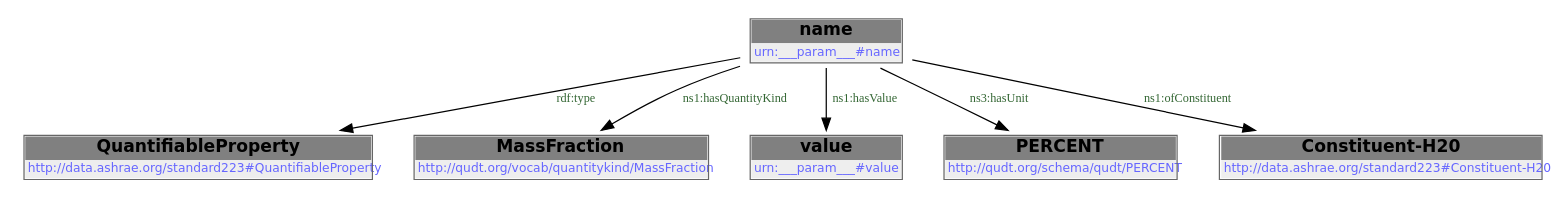
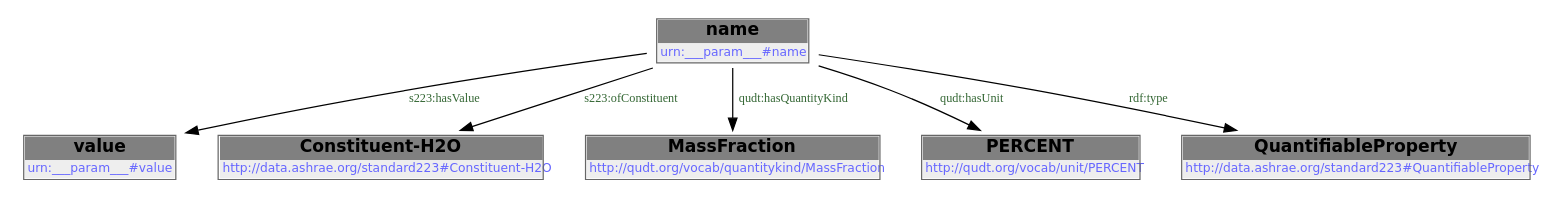
Before and after one commit to DataDrivenCPS/water-ontology: the diagram in docs/libraries/templates/constituent-water.rst, drawn with Graphviz. The commit also changed other lines of this file and 83 other files, not shown here.

```diff
--- a/docs/libraries/templates/constituent-water.rst
+++ b/docs/libraries/templates/constituent-water.rst
@@ -64,16 +58,22 @@
-        .. graphviz::
+.. graphviz::
 
-                digraph G {
-            node [fontname="DejaVu Sans"];
-            node0 -> node1 [color=BLACK, label=< <font point-size='10' color='#336633'>rdf:type</font> >];
-            node0 -> node2 [color=BLACK, label=< <font point-size='10' color='#336633'>ns1:hasQuantityKind</font> >];
-            node0 -> node3 [color=BLACK, label=< <font point-size='10' color='#336633'>ns1:hasValue</font> >];
-            node0 -> node4 [color=BLACK, label=< <font point-size='10' color='#336633'>ns3:hasUnit</font> >];
-            node0 -> node5 [color=BLACK, label=< <font point-size='10' color='#336633'>ns1:ofConstituent</font> >];
-            node0 [shape=none, color=black, label=< <table color='#666666' cellborder='0' cellspacing='0' border='1'><tr><td colspan='2' bgcolor='grey'><B>name</B></td></tr><tr><td href='urn:___param___#name' bgcolor='#eeeeee' colspan='2'><font point-size='10' color='#6666ff'>urn:___param___#name</font></td></tr></table> >];
-            node1 [shape=none, color=black, label=< <table color='#666666' cellborder='0' cellspacing='0' border='1'><tr><td colspan='2' bgcolor='grey'><B>QuantifiableProperty</B></td></tr><tr><td href='http://data.ashrae.org/standard223#QuantifiableProperty' bgcolor='#eeeeee' colspan='2'><font point-size='10' color='#6666ff'>http://data.ashrae.org/standard223#QuantifiableProperty</font></td></tr></table> >];
-            node2 [shape=none, color=black, label=< <table color='#666666' cellborder='0' cellspacing='0' border='1'><tr><td colspan='2' bgcolor='grey'><B>MassFraction</B></td></tr><tr><td href='http://qudt.org/vocab/quantitykind/MassFraction' bgcolor='#eeeeee' colspan='2'><font point-size='10' color='#6666ff'>http://qudt.org/vocab/quantitykind/MassFraction</font></td></tr></table> >];
-            node3 [shape=none, color=black, label=< <table color='#666666' cellborder='0' cellspacing='0' border='1'><tr><td colspan='2' bgcolor='grey'><B>value</B></td></tr><tr><td href='urn:___param___#value' bgcolor='#eeeeee' colspan='2'><font point-size='10' color='#6666ff'>urn:___param___#value</font></td></tr></table> >];
-            node4 [shape=none, color=black, label=< <table color='#666666' cellborder='0' cellspacing='0' border='1'><tr><td colspan='2' bgcolor='grey'><B>PERCENT</B></td></tr><tr><td href='http://qudt.org/schema/qudt/PERCENT' bgcolor='#eeeeee' colspan='2'><font point-size='10' color='#6666ff'>http://qudt.org/schema/qudt/PERCENT</font></td></tr></table> >];
-            node5 [shape=none, color=black, label=< <table color='#666666' cellborder='0' cellspacing='0' border='1'><tr><td colspan='2' bgcolor='grey'><B>Constituent-H20</B></td></tr><tr><td href='http://data.ashrae.org/standard223#Constituent-H20' bgcolor='#eeeeee' colspan='2'><font point-size='10' color='#6666ff'>http://data.ashrae.org/standard223#Constituent-H20</font></td></tr></table> >];
-            }
+    digraph {
+     node [ fontname="DejaVu Sans" ] ;
+        node0 -> node1 [ color=BLACK, label=< <font point-size='10' color='#336633'>s223:hasValue</font> > ] ;
+        node0 -> node2 [ color=BLACK, label=< <font point-size='10' color='#336633'>s223:ofConstituent</font> > ] ;
+        node0 -> node3 [ color=BLACK, label=< <font point-size='10' color='#336633'>qudt:hasQuantityKind</font> > ] ;
+        node0 -> node4 [ color=BLACK, label=< <font point-size='10' color='#336633'>qudt:hasUnit</font> > ] ;
+        node0 -> node5 [ color=BLACK, label=< <font point-size='10' color='#336633'>rdf:type</font> > ] ;
+    # urn:___param___#name node0
+    node0 [ shape=none, color=black label=< <table color='#666666' cellborder='0' cellspacing='0' border='1'><tr><td colspan='2' bgcolor='grey'><B>name</B></td></tr><tr><td href='urn:___param___#name' bgcolor='#eeeeee' colspan='2'><font point-size='10' color='#6666ff'>urn:___param___#name</font></td></tr></table> > ]
+    # urn:___param___#value node1
+    node1 [ shape=none, color=black label=< <table color='#666666' cellborder='0' cellspacing='0' border='1'><tr><td colspan='2' bgcolor='grey'><B>value</B></td></tr><tr><td href='urn:___param___#value' bgcolor='#eeeeee' colspan='2'><font point-size='10' color='#6666ff'>urn:___param___#value</font></td></tr></table> > ]
+    # http://data.ashrae.org/standard223#Constituent-H2O node2
+    node2 [ shape=none, color=black label=< <table color='#666666' cellborder='0' cellspacing='0' border='1'><tr><td colspan='2' bgcolor='grey'><B>Constituent-H2O</B></td></tr><tr><td href='http://data.ashrae.org/standard223#Constituent-H2O' bgcolor='#eeeeee' colspan='2'><font point-size='10' color='#6666ff'>http://data.ashrae.org/standard223#Constituent-H2O</font></td></tr></table> > ]
+    # http://qudt.org/vocab/quantitykind/MassFraction node3
+    node3 [ shape=none, color=black label=< <table color='#666666' cellborder='0' cellspacing='0' border='1'><tr><td colspan='2' bgcolor='grey'><B>MassFraction</B></td></tr><tr><td href='http://qudt.org/vocab/quantitykind/MassFraction' bgcolor='#eeeeee' colspan='2'><font point-size='10' color='#6666ff'>http://qudt.org/vocab/quantitykind/MassFraction</font></td></tr></table> > ]
+    # http://qudt.org/vocab/unit/PERCENT node4
+    node4 [ shape=none, color=black label=< <table color='#666666' cellborder='0' cellspacing='0' border='1'><tr><td colspan='2' bgcolor='grey'><B>PERCENT</B></td></tr><tr><td href='http://qudt.org/vocab/unit/PERCENT' bgcolor='#eeeeee' colspan='2'><font point-size='10' color='#6666ff'>http://qudt.org/vocab/unit/PERCENT</font></td></tr></table> > ]
+    # http://data.ashrae.org/standard223#QuantifiableProperty node5
+    node5 [ shape=none, color=black label=< <table color='#666666' cellborder='0' cellspacing='0' border='1'><tr><td colspan='2' bgcolor='grey'><B>QuantifiableProperty</B></td></tr><tr><td href='http://data.ashrae.org/standard223#QuantifiableProperty' bgcolor='#eeeeee' colspan='2'><font point-size='10' color='#6666ff'>http://data.ashrae.org/standard223#QuantifiableProperty</font></td></tr></table> > ]
+    }
```
